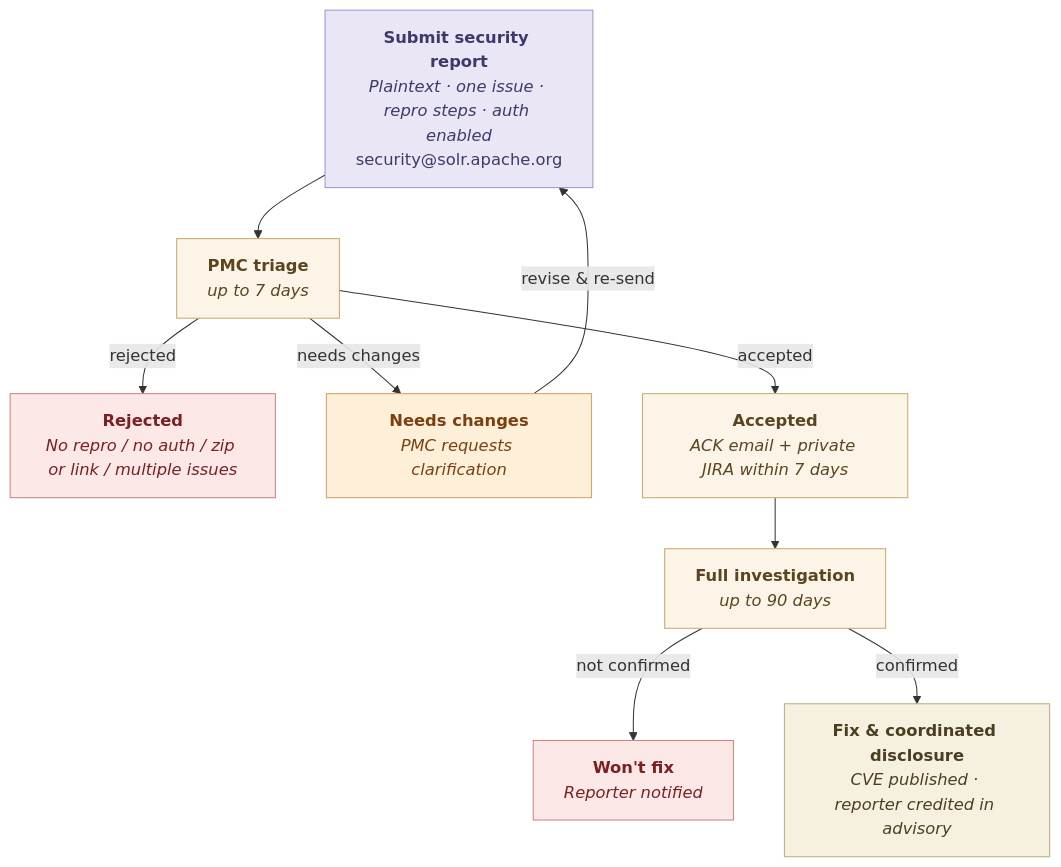
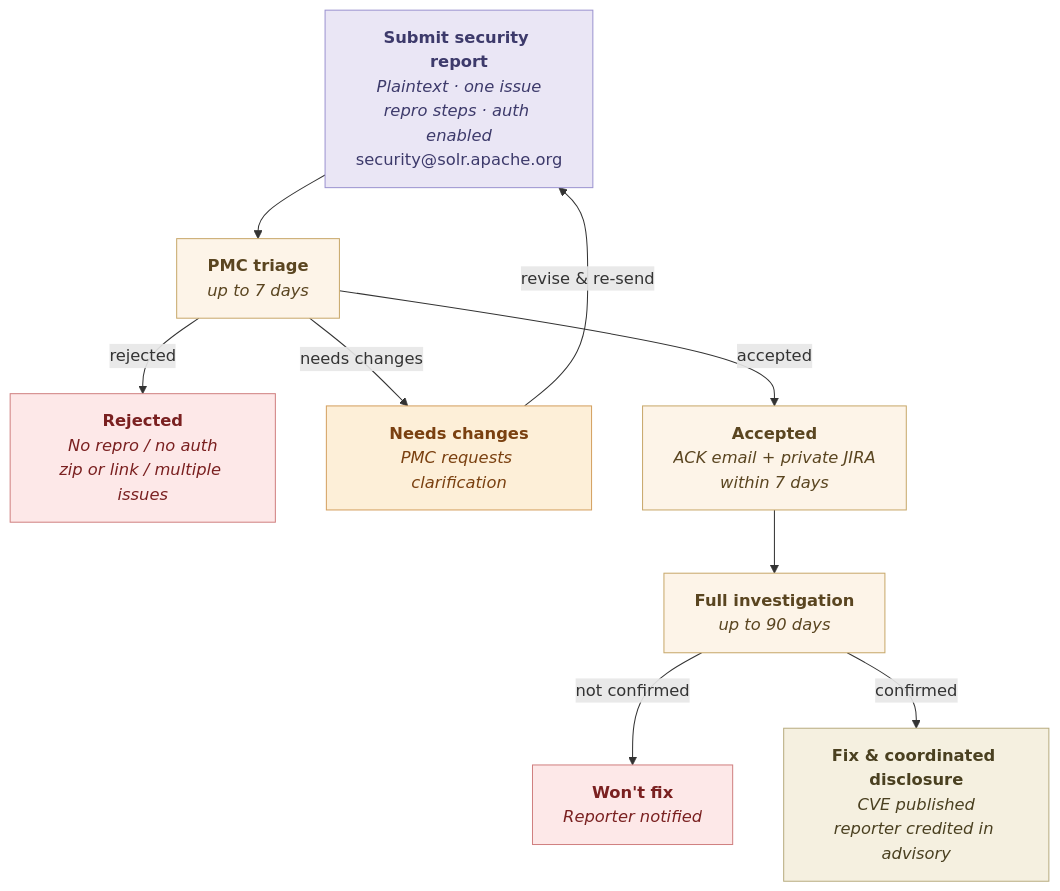
One commit to apache/solr-site changed the diagram in content/pages/security-reporting.md. Above: the diagram before and after it, drawn with Mermaid.

```diff
--- a/content/pages/security-reporting.md
+++ b/content/pages/security-reporting.md
@@ -39,51 +39,55 @@
 <pre class="mermaid">
 flowchart TD
     A["`**Submit security report**
-    *Plaintext · one issue · repro steps · auth enabled*
-    security@solr.apache.org`"]
+  *Plaintext · one issue*
+  *repro steps · auth enabled*
+  security@solr.apache.org`"]
 
     D["`**PMC triage**
-    *up to 7 days*`"]
+  *up to 7 days*`"]
 
     E["`**Rejected**
-    *No repro / no auth / zip or link / multiple issues*`"]
+  *No repro / no auth*
+  *zip or link / multiple issues*`"]
 
     F["`**Needs changes**
-    *PMC requests clarification*`"]
+  *PMC requests clarification*`"]
 
     G["`**Accepted**
-    *ACK email + private JIRA within 7 days*`"]
+  *ACK email + private JIRA*
+  *within 7 days*`"]
 
     I["`**Full investigation**
-    *up to 90 days*`"]
+  *up to 90 days*`"]
 
     J["`**Won't fix**
-    *Reporter notified*`"]
+  *Reporter notified*`"]
 
     K["`**Fix & coordinated disclosure**
-    *CVE published · reporter credited in advisory*`"]
+  *CVE published*
+  *reporter credited in advisory*`"]
 
     A --> D
     D -->|rejected| E
     D -->|needs changes| F
     D -->|accepted| G
     F -->|revise & re-send| A
     G --> I
     I -->|not confirmed| J
     I -->|confirmed| K
 
     classDef submit    fill:#eae6f5,stroke:#9b93d0,color:#3d3a6b
     classDef process   fill:#fdf4e8,stroke:#c8a86b,color:#5a4520
     classDef rejected  fill:#fde8e8,stroke:#d08080,color:#7a2020
     classDef changes   fill:#fdefd8,stroke:#d4a060,color:#7a4010
     classDef accepted  fill:#dff5ec,stroke:#6dbfa0,color:#1a5a40
     classDef wontfix   fill:#fde8e8,stroke:#d08080,color:#7a2020
     classDef disclosure fill:#f5f0e0,stroke:#b8ad80,color:#4a4020
 
     class A submit
     class D,G,I process
     class E rejected
     class F changes
     class J wontfix
     class K disclosure
-</pre>
+</pre> 
```
